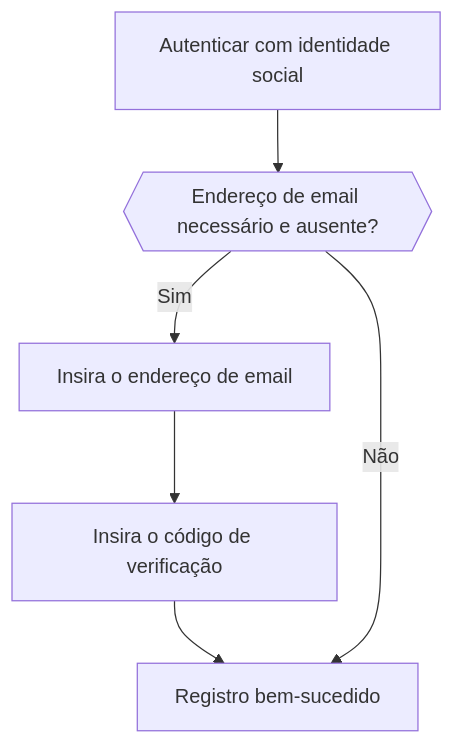
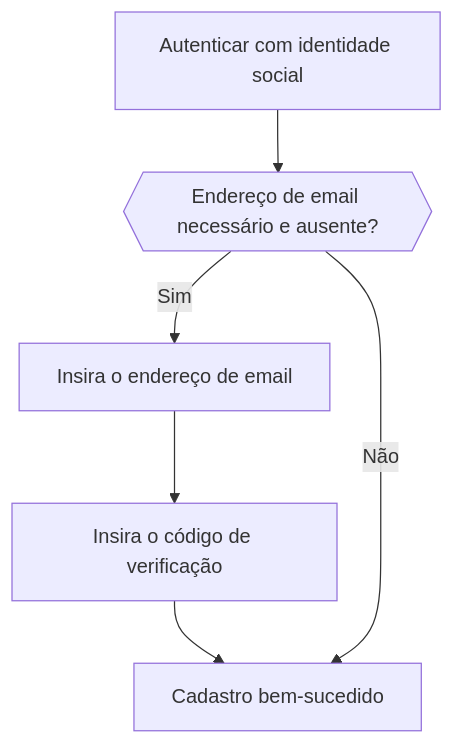
One commit to logto-io/docs changed the fourth of 5 diagrams in i18n/pt-BR/docusaurus-plugin-content-docs/current/end-user-flows/sign-up-and-sign-in/social-sign-in.mdx. Above: the diagram before and after it, drawn with Mermaid. The commit also changed other lines of this file and 2629 other files, not shown here.

````diff
--- a/i18n/pt-BR/docusaurus-plugin-content-docs/current/end-user-flows/sign-up-and-sign-in/social-sign-in.mdx
+++ b/i18n/pt-BR/docusaurus-plugin-content-docs/current/end-user-flows/sign-up-and-sign-in/social-sign-in.mdx
@@ -136,8 +142,8 @@
    ```mermaid
    flowchart TD
       A[Autenticar com identidade social] --> B{{Endereço de email necessário e ausente?}}
       B -- Sim --> C[Insira o endereço de email]
       C --> D[Insira o código de verificação]
-      D --> E[Registro bem-sucedido]
+      D --> E[Cadastro bem-sucedido]
       B -- Não --> E
    ```
````
